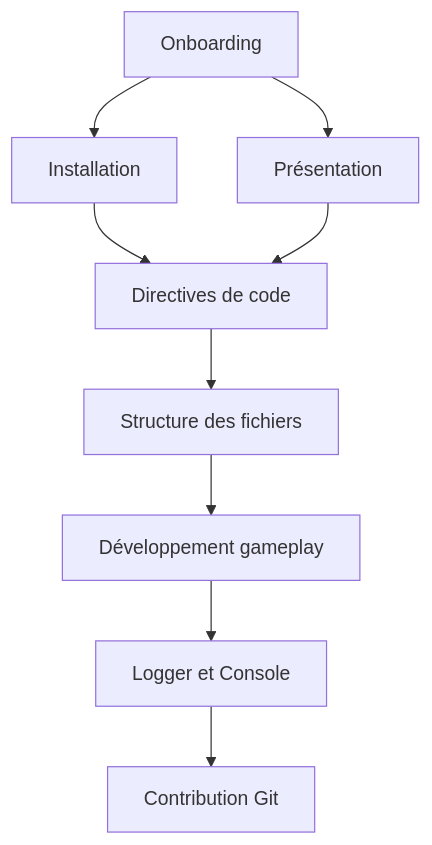
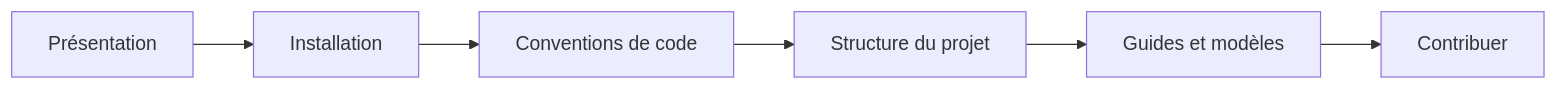
The diagram in src/content/docs/dashboard.md (Cat-aclsym/documentation), drawn with Mermaid before and after one commit. The commit also changed other lines of this file and 40 other files, not shown here.

Commit message:
feat(site): Switch to the Lucode theme, replace SVG diagrams with Mermaid and restructure the docs.

````diff
--- a/src/content/docs/dashboard.md
+++ b/src/content/docs/dashboard.md
@@ -20,12 +17,8 @@
 ```mermaid
-flowchart TD
-	A[Onboarding] --> B[Installation]
-	B --> C[Directives de code]
-	C --> D[Structure des fichiers]
-	D --> E[Développement gameplay]
-	E --> F[Logger et Console]
-	F --> G[Contribution Git]
-
-	A --> H[Présentation]
-	H --> C
+flowchart LR
+	A[Présentation] --> B[Installation]
+	B --> C[Conventions de code]
+	C --> D[Structure du projet]
+	D --> E[Guides et modèles]
+	E --> F[Contribuer]
 ```
````
